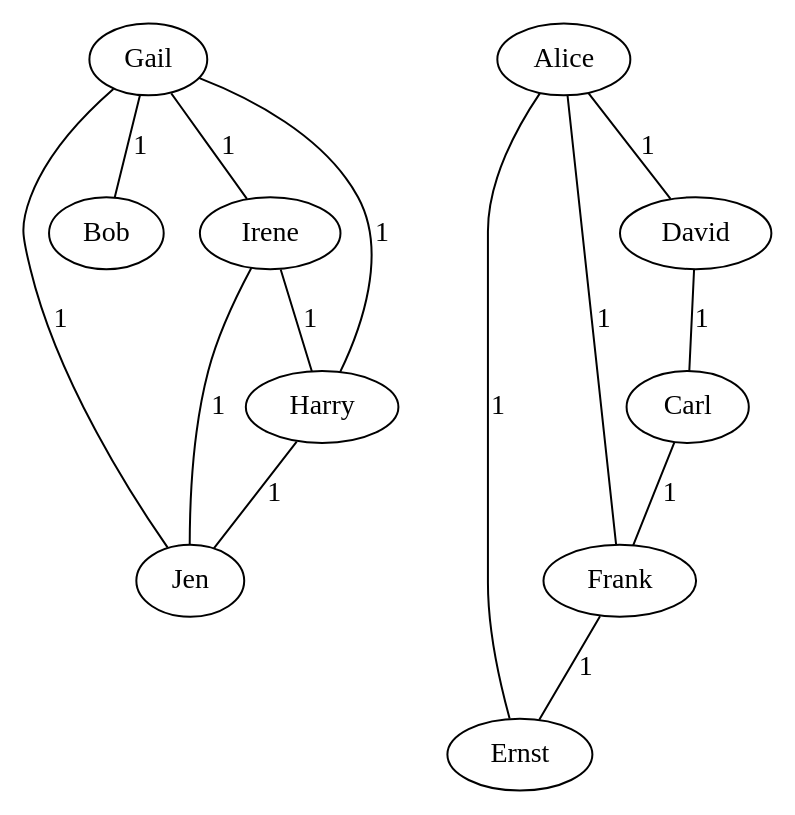
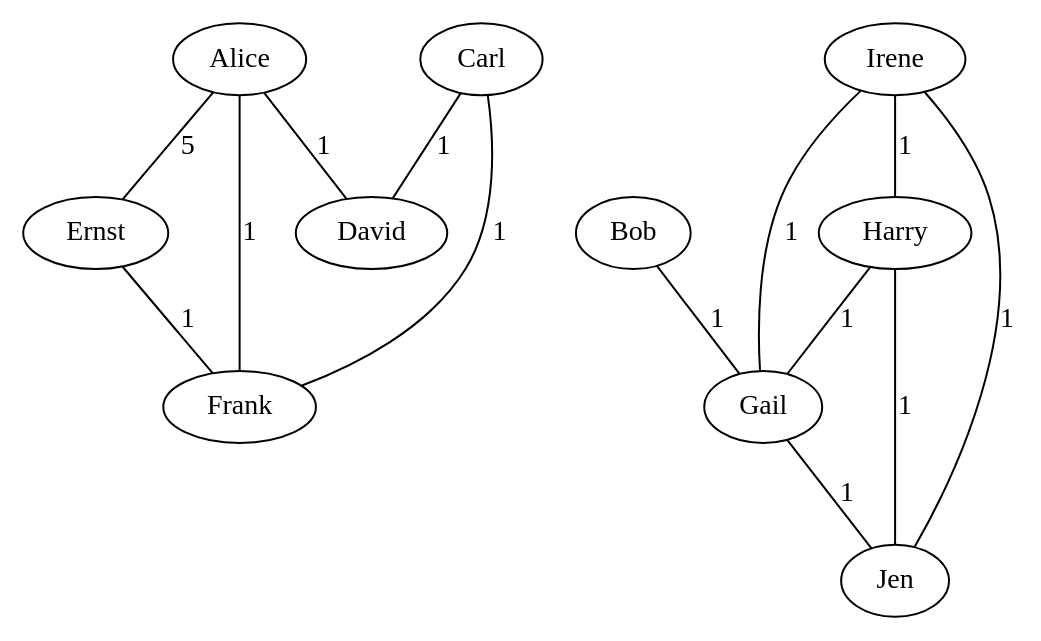
Before and after one commit to Czudo/Graphs: the diagram in lab2/testGraph.dot, drawn with Graphviz. The commit also changed 4 other files, not shown here.

```diff
--- a/lab2/testGraph.dot
+++ b/lab2/testGraph.dot
@@ -1,15 +1,15 @@
 strict graph{
-"Gail" -- "Jen" [ label = 1 ]
-"Gail" -- "Bob" [ label = 1 ]
-"Gail" -- "Irene" [ label = 1 ]
-"Gail" -- "Harry" [ label = 1 ]
-"Irene" -- "Jen" [ label = 1 ]
-"Irene" -- "Harry" [ label = 1 ]
-"Harry" -- "Jen" [ label = 1 ]
-"Alice" -- "Ernst" [ label = 1 ]
 "Alice" -- "Frank" [ label = 1 ]
 "Alice" -- "David" [ label = 1 ]
-"David" -- "Carl" [ label = 1 ]
+"Alice" -- "Ernst" [ label = 5 ]
+"Bob" -- "Gail" [ label = 1 ]
 "Carl" -- "Frank" [ label = 1 ]
-"Frank" -- "Ernst" [ label = 1 ]
+"Carl" -- "David" [ label = 1 ]
+"Irene" -- "Gail" [ label = 1 ]
+"Irene" -- "Harry" [ label = 1 ]
+"Irene" -- "Jen" [ label = 1 ]
+"Harry" -- "Gail" [ label = 1 ]
+"Harry" -- "Jen" [ label = 1 ]
+"Ernst" -- "Frank" [ label = 1 ]
+"Gail" -- "Jen" [ label = 1 ]
 }
```
